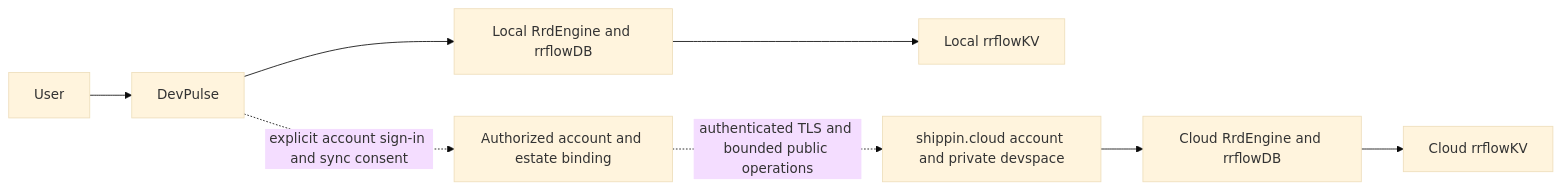
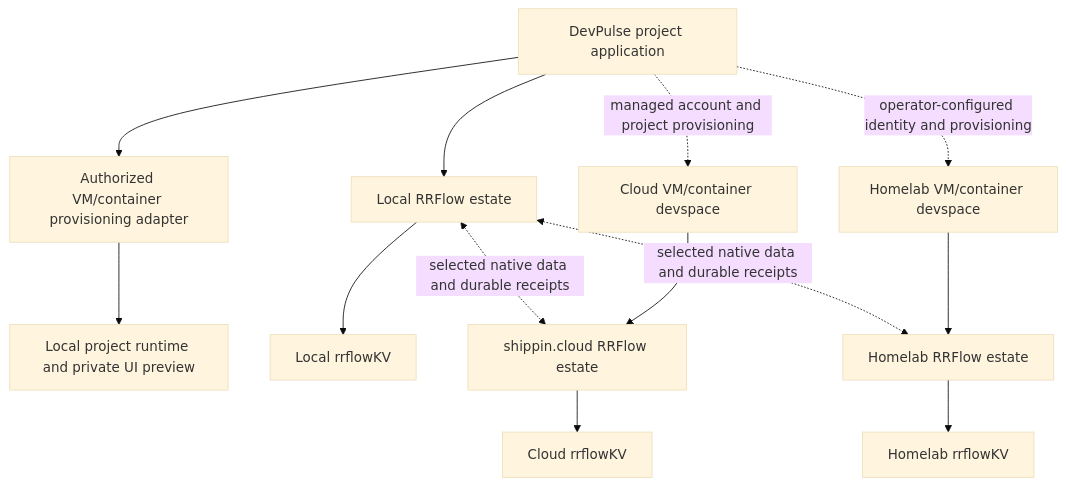
The diagram in docs/reference/client/devpulse-cloud.md (rrflow/rrflow), drawn with Mermaid (base theme) before and after one commit. The commit also changed other lines of this file and 9 other files, not shown here.

Commit message:
docs: define DevPulse bidirectional cloud and homelab delivery

````diff
--- a/docs/reference/client/devpulse-cloud.md
+++ b/docs/reference/client/devpulse-cloud.md
@@ -16,10 +27,15 @@
 ```mermaid
-flowchart LR
-    User[User] --> DP[DevPulse]
-    DP --> Local[Local RrdEngine and rrflowDB]
-    Local --> KV[Local rrflowKV]
-    DP -. explicit account sign-in and sync consent .-> Binding[Authorized account and estate binding]
-    Binding -. authenticated TLS and bounded public operations .-> Cloud[shippin.cloud account and private devspace]
-    Cloud --> Remote[Cloud RrdEngine and rrflowDB]
-    Remote --> RemoteKV[Cloud rrflowKV]
+flowchart TB
+    DP[DevPulse project application] --> Provision[Authorized VM/container provisioning adapter]
+    Provision --> LocalRun[Local project runtime and private UI preview]
+    DP --> Local[Local RRFlow estate]
+    Local --> LocalKV[Local rrflowKV]
+    Local <-. selected native data and durable receipts .-> Cloud[shippin.cloud RRFlow estate]
+    Local <-. selected native data and durable receipts .-> Lab[Homelab RRFlow estate]
+    DP -. managed account and project provisioning .-> CloudRun[Cloud VM/container devspace]
+    DP -. operator-configured identity and provisioning .-> LabRun[Homelab VM/container devspace]
+    CloudRun --> Cloud
+    LabRun --> Lab
+    Cloud --> CloudKV[Cloud rrflowKV]
+    Lab --> LabKV[Homelab rrflowKV]
 ```
````
